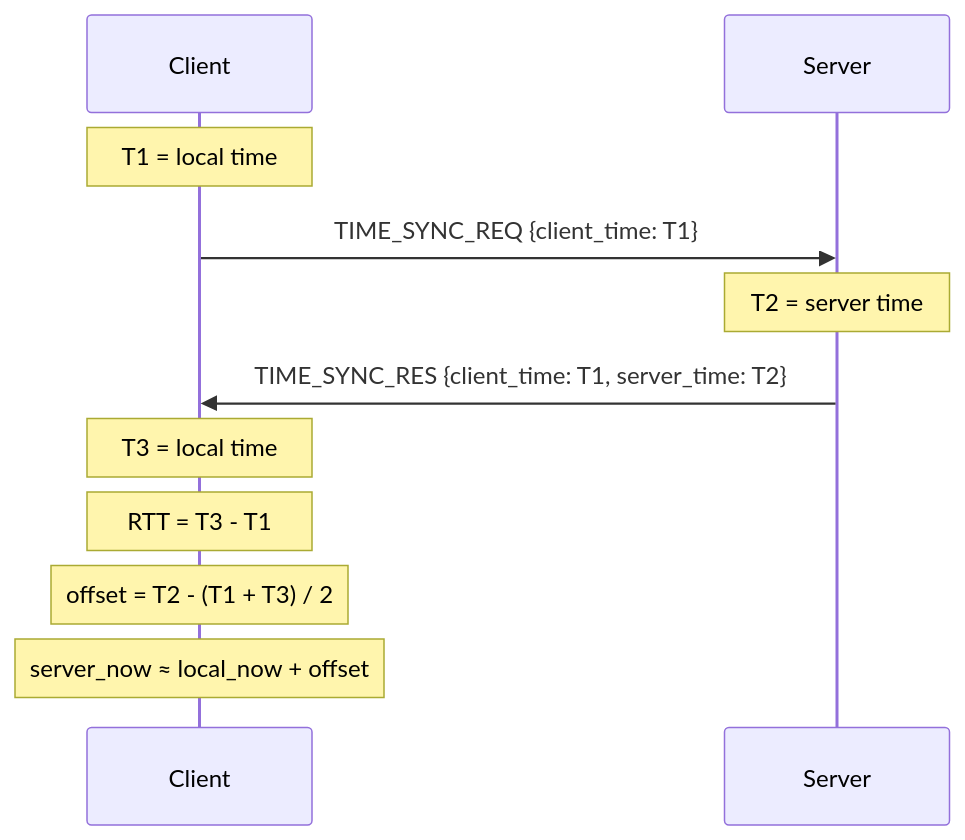
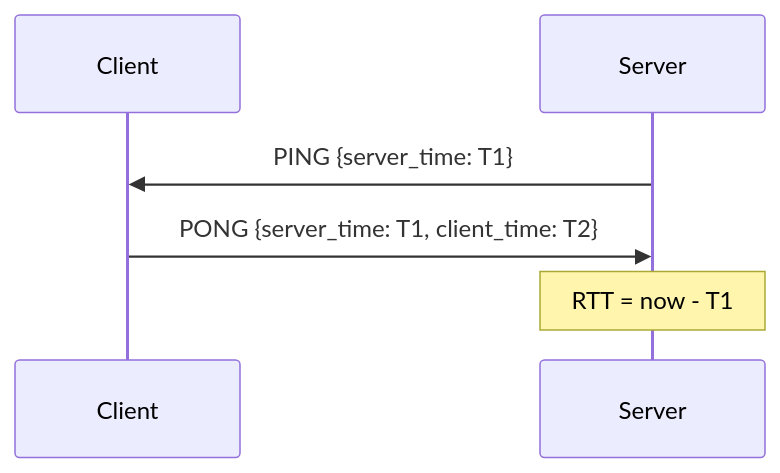
One commit to Bityta/sigame-project changed diagram 22 of 28 in README.md. Above: the diagram before and after it, drawn with Mermaid. The commit also changed other lines of this file, not shown here.

First line of the commit message:
docs: remove PLAYER_READY and TIME_SYNC from spec

````diff
--- a/README.md
+++ b/README.md
@@ -1247,15 +1246,9 @@
 ```mermaid
 sequenceDiagram
     participant C as Client
     participant S as Server
     
-    Note over C: T1 = local time
-    C->>S: TIME_SYNC_REQ {client_time: T1}
-    Note over S: T2 = server time
-    S->>C: TIME_SYNC_RES {client_time: T1, server_time: T2}
-    Note over C: T3 = local time
-    
-    Note over C: RTT = T3 - T1
-    Note over C: offset = T2 - (T1 + T3) / 2
-    Note over C: server_now ≈ local_now + offset
+    S->>C: PING {server_time: T1}
+    C->>S: PONG {server_time: T1, client_time: T2}
+    Note over S: RTT = now - T1
 ```
````
